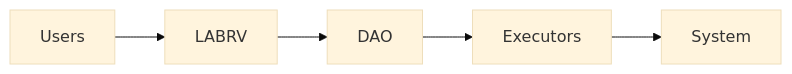
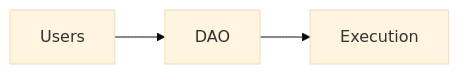
One commit to LaborCoinCreator/LaborCoin changed the diagram in README.md. Above: the diagram before and after it, drawn with Mermaid (base theme). The commit also changed other lines of this file, not shown here.

````diff
--- a/README.md
+++ b/README.md
@@ -4,4 +5,4 @@
 ```mermaid
 flowchart LR
-    Users --> LABRV --> DAO --> Executors --> System
+    Users --> DAO --> Execution
 ```
````
